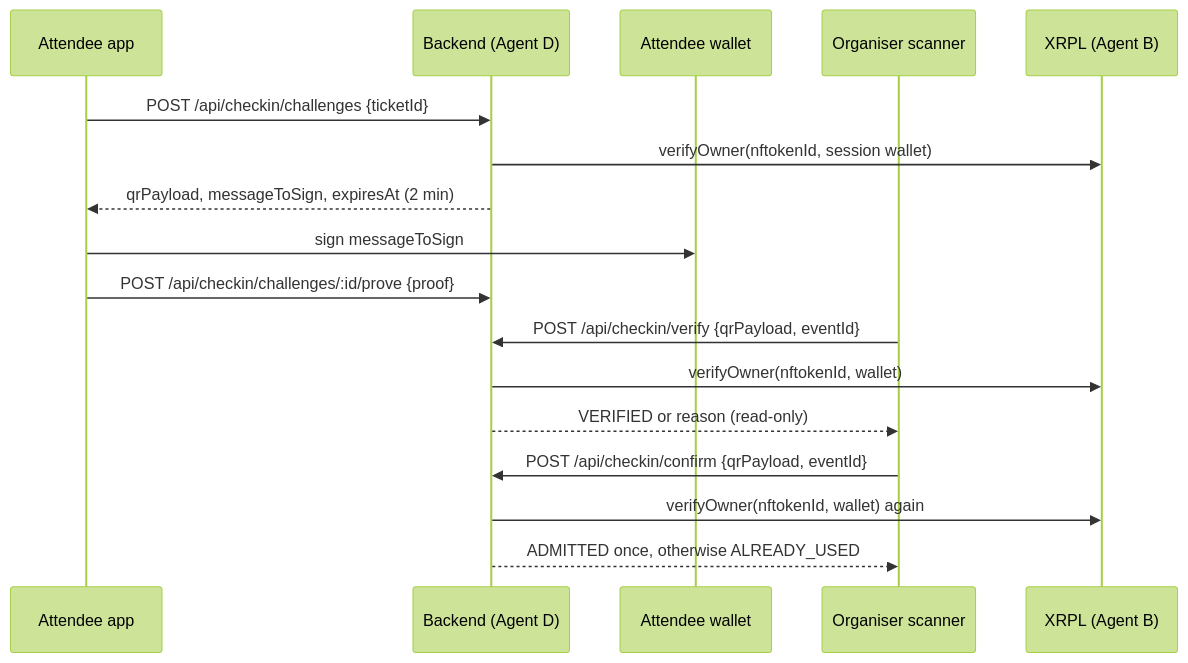
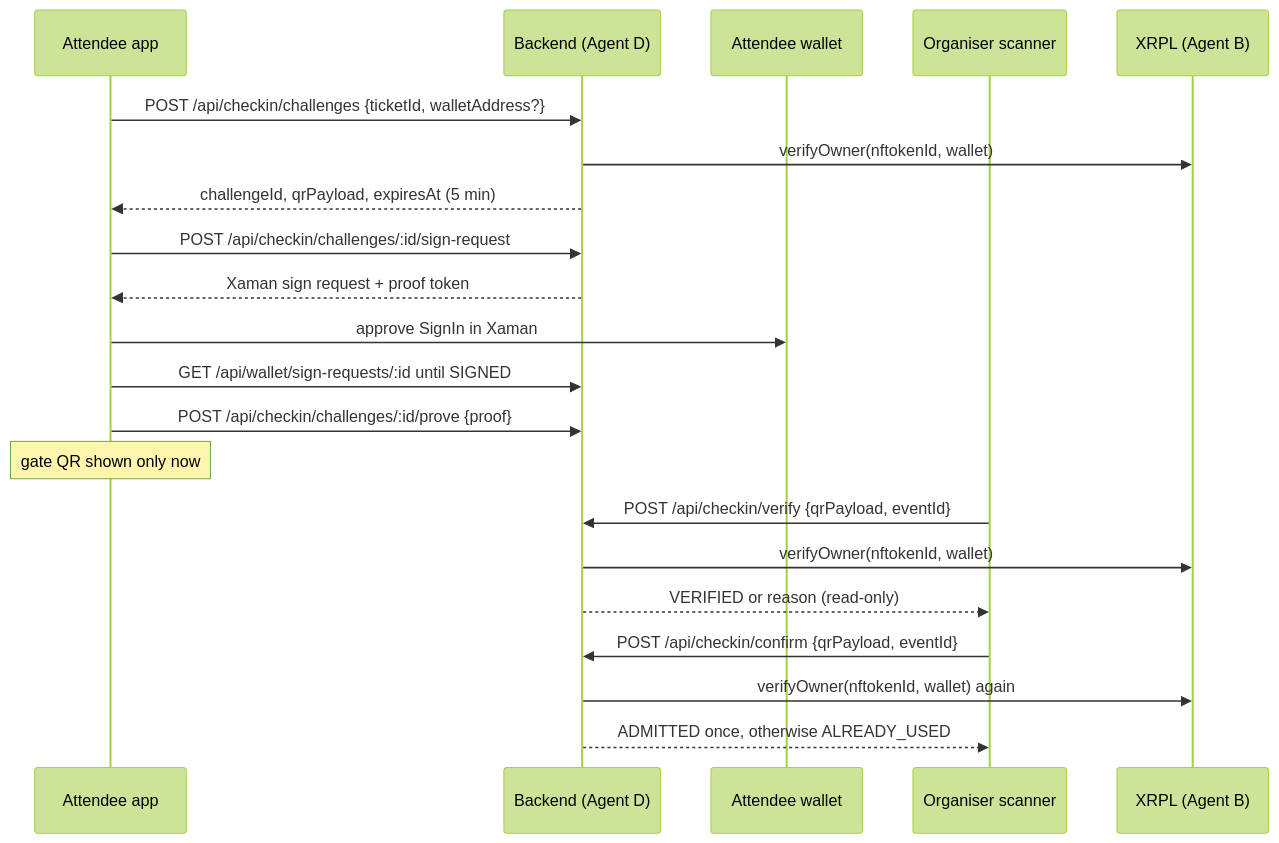
Before and after one commit to XJustinH/XRPL_HACKATHON_2026: the diagram in docs/checkin-and-resale-contract.md, drawn with Mermaid (forest theme). The commit also changed other lines of this file and 18 other files, not shown here.

First line of the commit message:
feat(checkin): approve check-in in Xaman and show the attendee's code (XRPL-044, XRPL-045)

````diff
--- a/docs/checkin-and-resale-contract.md
+++ b/docs/checkin-and-resale-contract.md
@@ -24,19 +26,23 @@
 ```mermaid
 sequenceDiagram
   participant A as Attendee app
   participant API as Backend (Agent D)
   participant W as Attendee wallet
   participant O as Organiser scanner
   participant L as XRPL (Agent B)
-  A->>API: POST /api/checkin/challenges {ticketId}
-  API->>L: verifyOwner(nftokenId, session wallet)
-  API-->>A: qrPayload, messageToSign, expiresAt (2 min)
-  A->>W: sign messageToSign
+  A->>API: POST /api/checkin/challenges {ticketId, walletAddress?}
+  API->>L: verifyOwner(nftokenId, wallet)
+  API-->>A: challengeId, qrPayload, expiresAt (5 min)
+  A->>API: POST /api/checkin/challenges/:id/sign-request
+  API-->>A: Xaman sign request + proof token
+  A->>W: approve SignIn in Xaman
+  A->>API: GET /api/wallet/sign-requests/:id until SIGNED
   A->>API: POST /api/checkin/challenges/:id/prove {proof}
+  Note over A: gate QR shown only now
   O->>API: POST /api/checkin/verify {qrPayload, eventId}
   API->>L: verifyOwner(nftokenId, wallet)
   API-->>O: VERIFIED or reason (read-only)
   O->>API: POST /api/checkin/confirm {qrPayload, eventId}
   API->>L: verifyOwner(nftokenId, wallet) again
   API-->>O: ADMITTED once, otherwise ALREADY_USED
 ```
````
